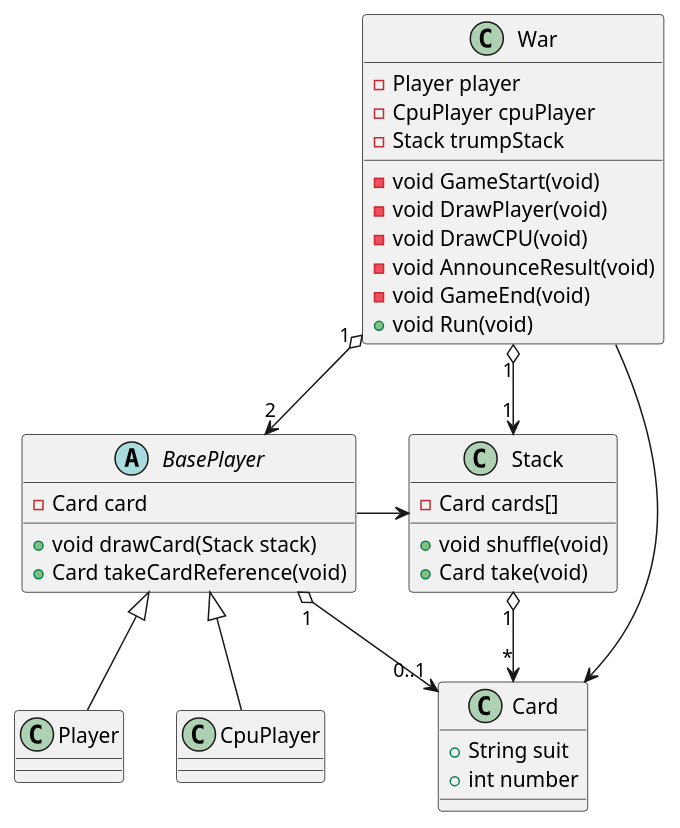
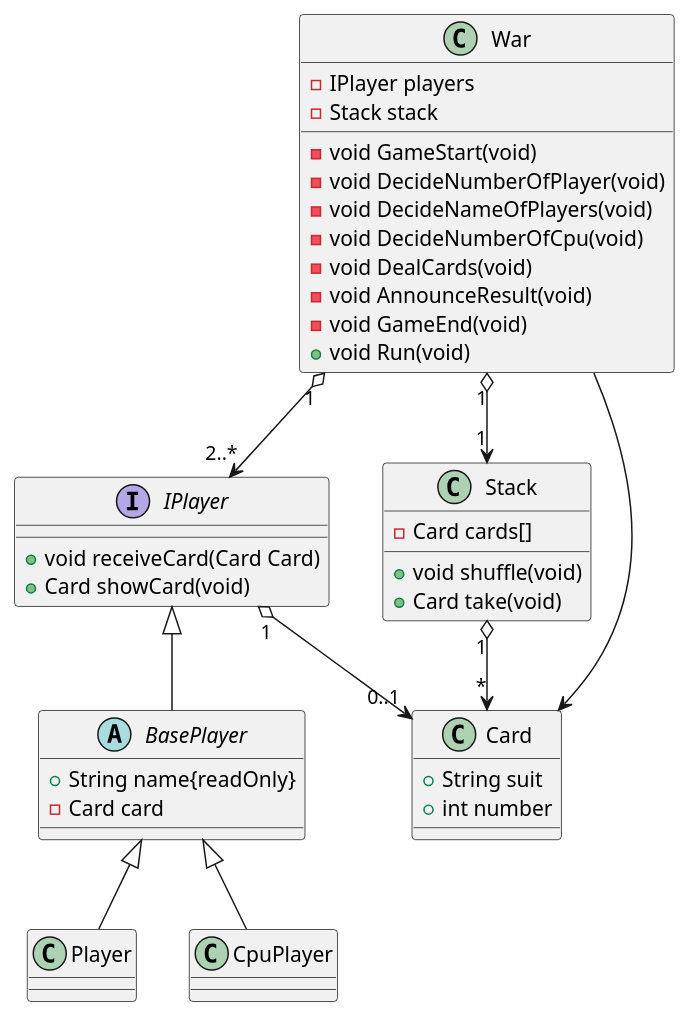
The tenth of 10 diagrams in uml/CardGame/doc/design.md (hachimitu22/study), drawn with PlantUML before and after one commit. The commit also changed other lines of this file, not shown here.

Commit message:
クラス図を複数人で遊べるように修正

````diff
--- a/uml/CardGame/doc/design.md
+++ b/uml/CardGame/doc/design.md
@@ -387,45 +387,49 @@
 ```plantuml
 @startuml
 
 class War {
-  - Player player
-  - CpuPlayer cpuPlayer
-  - Stack trumpStack
+  - IPlayer players
+  - Stack stack
   - void GameStart(void)
-  - void DrawPlayer(void)
-  - void DrawCPU(void)
+  - void DecideNumberOfPlayer(void)
+  - void DecideNameOfPlayers(void)
+  - void DecideNumberOfCpu(void)
+  - void DealCards(void)
   - void AnnounceResult(void)
   - void GameEnd(void)
   + void Run(void)
 }
+interface IPlayer {
+  + void receiveCard(Card Card)
+  + Card showCard(void)
+}
 abstract BasePlayer {
+  + String name{readOnly}
   - Card card
-  + void drawCard(Stack stack)
-  + Card takeCardReference(void)
 }
 class Player
 class CpuPlayer
 class Stack {
   - Card cards[]
   + void shuffle(void)
   + Card take(void)
 }
 class Card {
   + String suit
   + int number
 }
 
 War "1" o--> "1" Stack
-War "1" o--> "2" BasePlayer
+War "1" o--> "2..*" IPlayer
 
+BasePlayer -up-|> IPlayer
 Player -up-|> BasePlayer
 CpuPlayer -up-|> BasePlayer
 
 Stack "1" o--> "*" Card
-BasePlayer "1" o--> "0..1" Card
+IPlayer "1" o--> "0..1" Card
 
-BasePlayer -> Stack
 War --> Card
 
 @enduml
 ```
````
